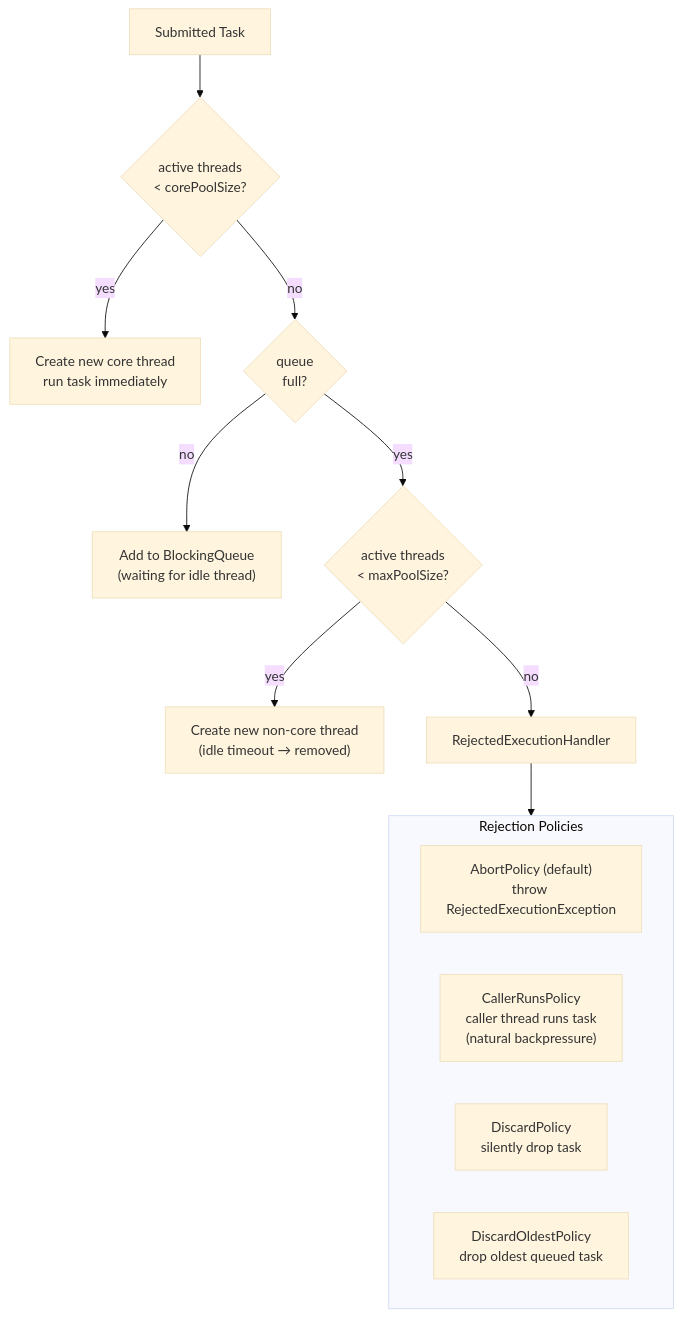
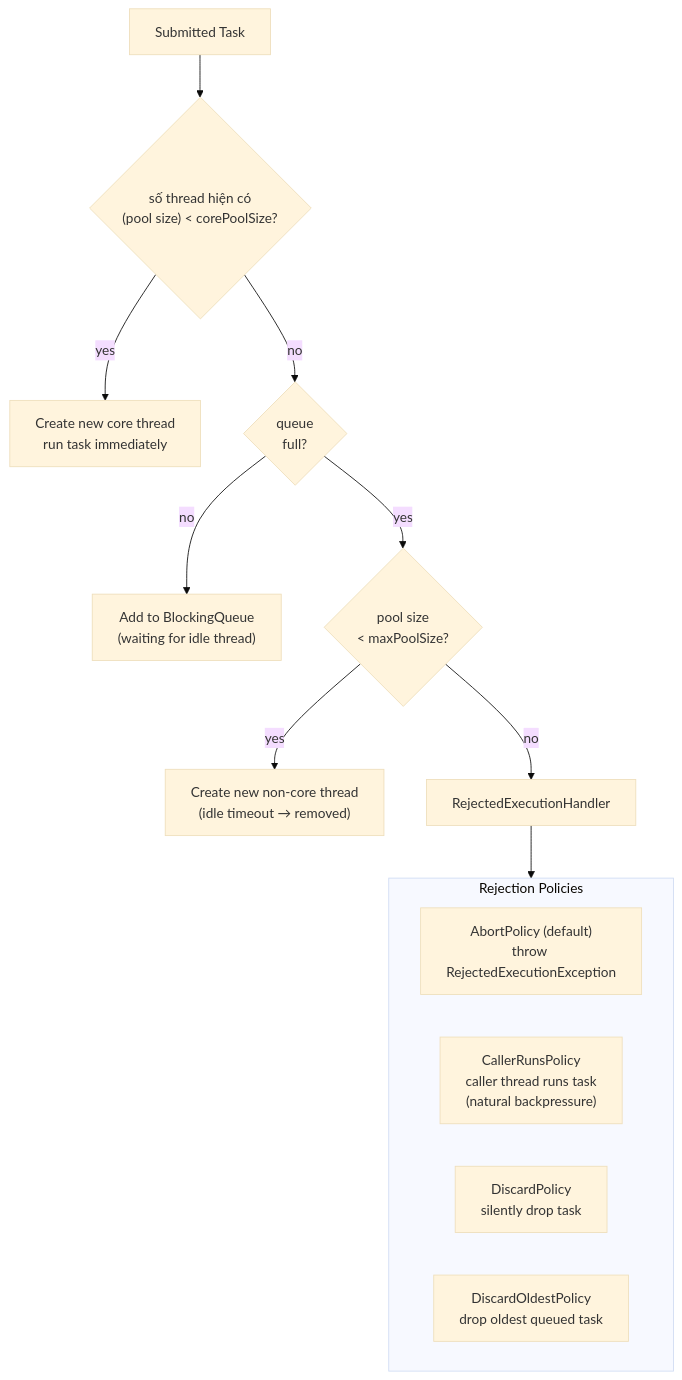
One commit to nguyen-tri-nhan/portfolio changed the diagram in webapp/src/review-content/thread-pool.md. Above: the diagram before and after it, drawn with Mermaid (base theme). The commit also changed other lines of this file and 263 other files, not shown here.

````diff
--- a/webapp/src/review-content/thread-pool.md
+++ b/webapp/src/review-content/thread-pool.md
@@ -121,18 +123,18 @@
 ```mermaid
 flowchart TB
-    Task["Submitted Task"] --> Check1{"active threads\n< corePoolSize?"}
+    Task["Submitted Task"] --> Check1{"số thread hiện có\n(pool size) < corePoolSize?"}
     Check1 -->|"yes"| NewCore["Create new core thread\nrun task immediately"]
     Check1 -->|"no"| Check2{"queue\nfull?"}
     Check2 -->|"no"| Queue["Add to BlockingQueue\n(waiting for idle thread)"]
-    Check2 -->|"yes"| Check3{"active threads\n< maxPoolSize?"}
+    Check2 -->|"yes"| Check3{"pool size\n< maxPoolSize?"}
     Check3 -->|"yes"| NewMax["Create new non-core thread\n(idle timeout → removed)"]
     Check3 -->|"no"| RH["RejectedExecutionHandler"]
 
     subgraph Handlers["Rejection Policies"]
         Abort["AbortPolicy (default)\nthrow RejectedExecutionException"]
         Caller["CallerRunsPolicy\ncaller thread runs task\n(natural backpressure)"]
         Discard["DiscardPolicy\nsilently drop task"]
         Oldest["DiscardOldestPolicy\ndrop oldest queued task"]
     end
     RH --> Handlers
 ```
````
